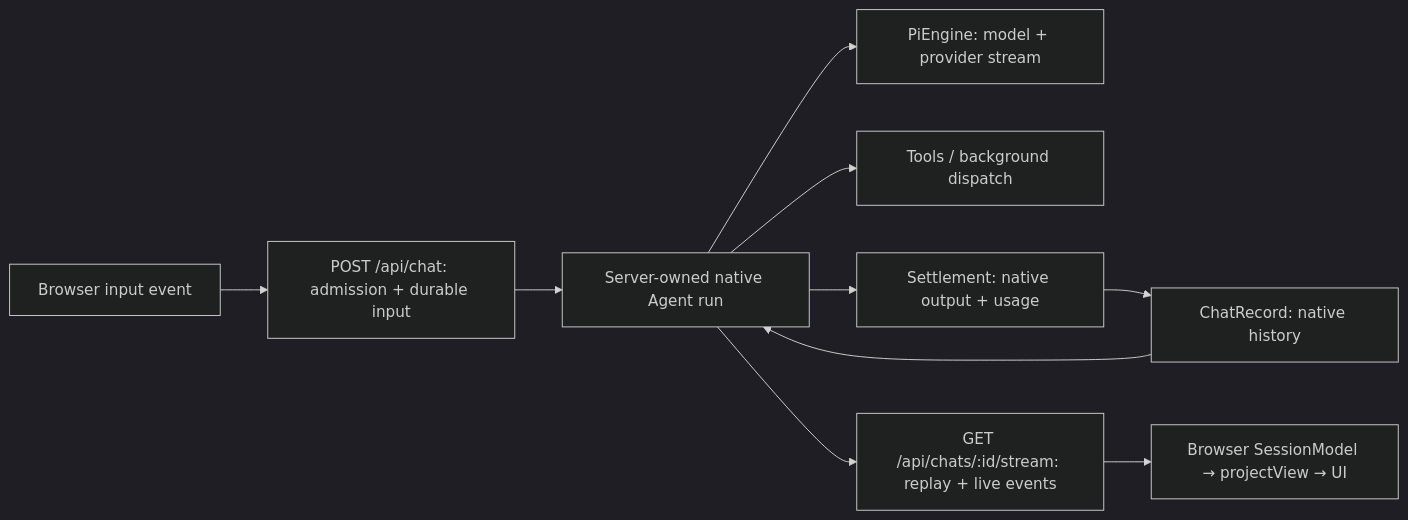
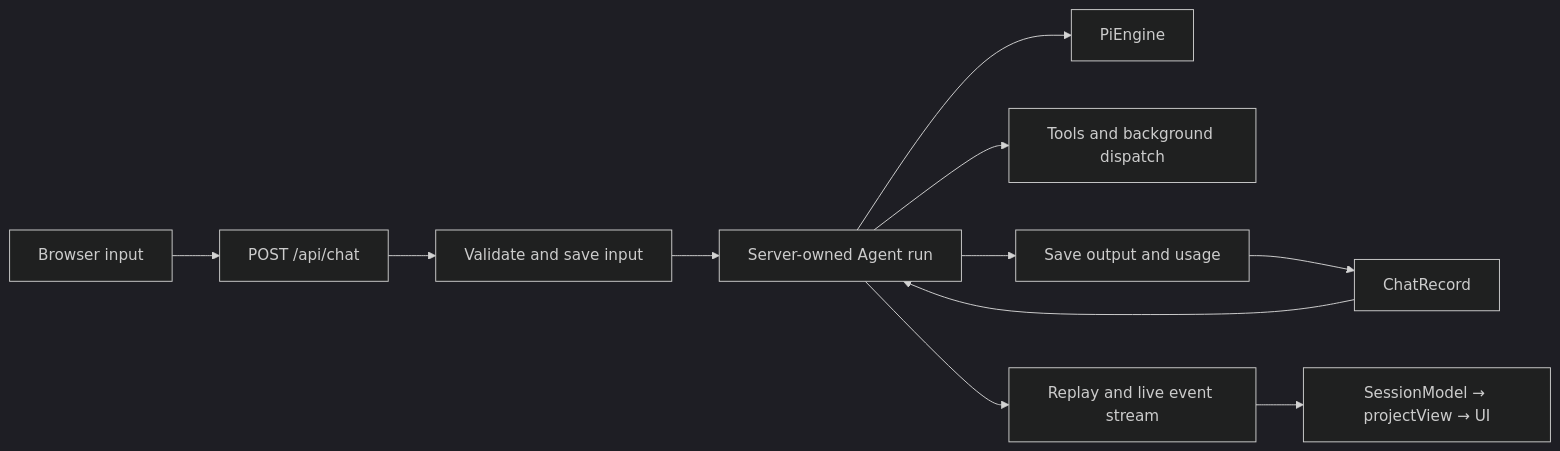
One commit to amosblomqvist/learnharness changed the first of 2 diagrams in docs/architecture.md. Above: the diagram before and after it, drawn with Mermaid (dark theme). The commit also changed other lines of this file and 44 other files, not shown here.

````diff
--- a/docs/architecture.md
+++ b/docs/architecture.md
@@ -35,12 +25,13 @@
 ```mermaid
 flowchart LR
-    INPUT["Browser input event"] --> POST["POST /api/chat: admission + durable input"]
-    POST --> RUN["Server-owned native Agent run"]
-    RECORD["ChatRecord: native history"] --> RUN
-    RUN --> ENGINE["PiEngine: model + provider stream"]
-    RUN --> TOOLS["Tools / background dispatch"]
-    RUN --> SAVE["Settlement: native output + usage"]
-    SAVE --> RECORD
-    RUN --> STREAM["GET /api/chats/:id/stream: replay + live events"]
-    STREAM --> VIEW["Browser SessionModel → projectView → UI"]
+    INPUT[Browser input] --> POST[POST /api/chat]
+    POST --> SAVE[Validate and save input]
+    SAVE --> RUN[Server-owned Agent run]
+    RECORD[ChatRecord] --> RUN
+    RUN --> ENGINE[PiEngine]
+    RUN --> TOOLS[Tools and background dispatch]
+    RUN --> SETTLE[Save output and usage]
+    SETTLE --> RECORD
+    RUN --> STREAM[Replay and live event stream]
+    STREAM --> VIEW[SessionModel → projectView → UI]
 ```
````
